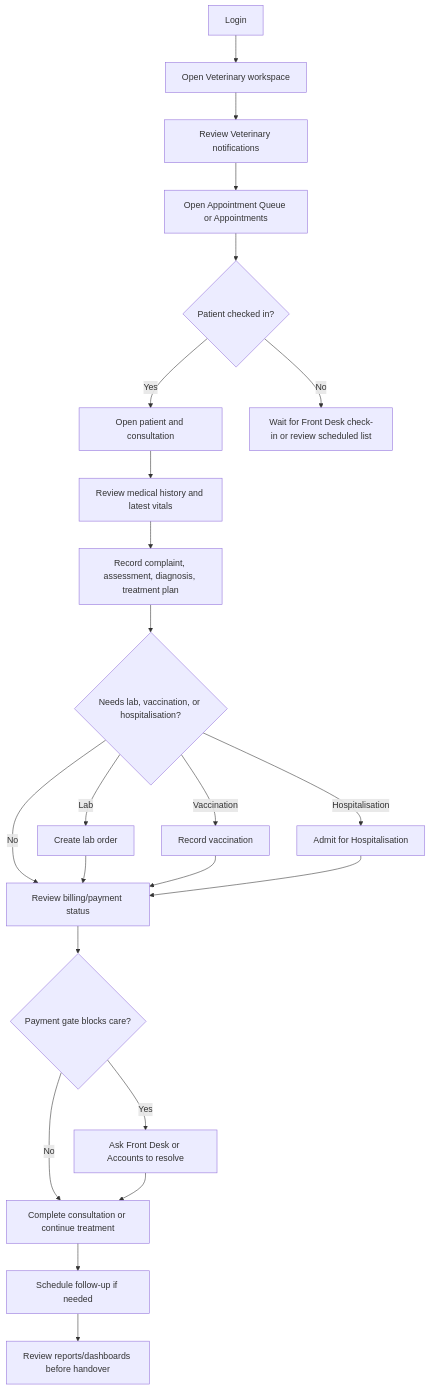
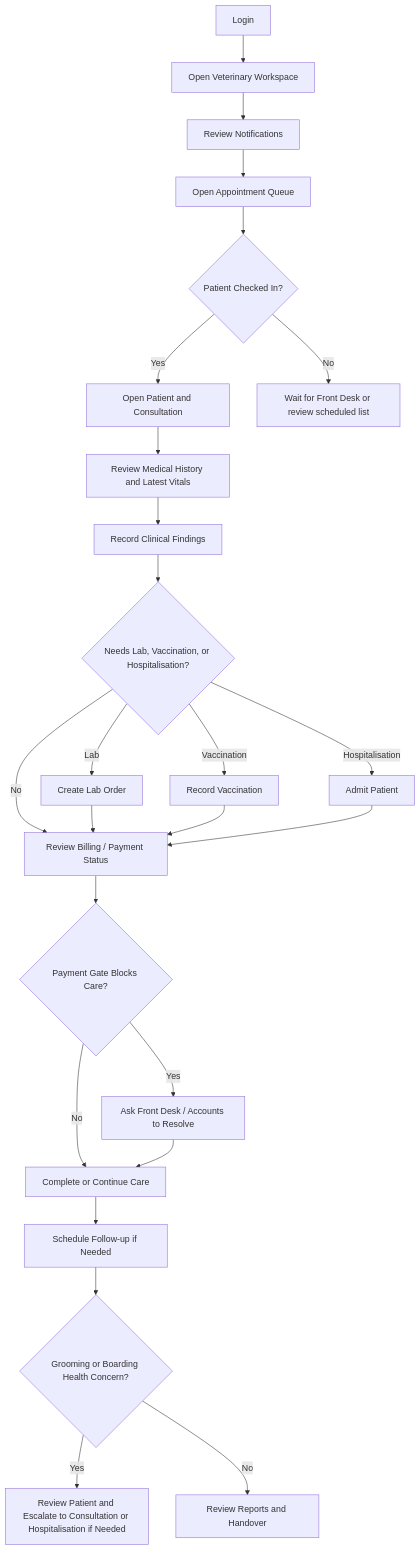
One commit to olayemigod/VetEdge changed the diagram in docs/training/veterinary_doctor_operations/doctor_daily_workflow.md. Above: the diagram before and after it, drawn with Mermaid. The commit also changed other lines of this file and 24 other files, not shown here.

````diff
--- a/docs/training/veterinary_doctor_operations/doctor_daily_workflow.md
+++ b/docs/training/veterinary_doctor_operations/doctor_daily_workflow.md
@@ -20,25 +21,27 @@
 ```mermaid
 flowchart TD
-    A[Login] --> B[Open Veterinary workspace]
-    B --> C[Review Veterinary notifications]
-    C --> D[Open Appointment Queue or Appointments]
-    D --> E{Patient checked in?}
-    E -->|Yes| F[Open patient and consultation]
-    E -->|No| G[Wait for Front Desk check-in or review scheduled list]
-    F --> H[Review medical history and latest vitals]
-    H --> I[Record complaint, assessment, diagnosis, treatment plan]
-    I --> J{Needs lab, vaccination, or hospitalisation?}
-    J -->|Lab| K[Create lab order]
-    J -->|Vaccination| L[Record vaccination]
-    J -->|Hospitalisation| M[Admit for Hospitalisation]
-    J -->|No| N[Review billing/payment status]
+    A[Login] --> B[Open Veterinary Workspace]
+    B --> C[Review Notifications]
+    C --> D[Open Appointment Queue]
+    D --> E{Patient Checked In?}
+    E -->|Yes| F[Open Patient and Consultation]
+    E -->|No| G[Wait for Front Desk or review scheduled list]
+    F --> H[Review Medical History and Latest Vitals]
+    H --> I[Record Clinical Findings]
+    I --> J{Needs Lab, Vaccination, or Hospitalisation?}
+    J -->|Lab| K[Create Lab Order]
+    J -->|Vaccination| L[Record Vaccination]
+    J -->|Hospitalisation| M[Admit Patient]
+    J -->|No| N[Review Billing / Payment Status]
     K --> N
     L --> N
     M --> N
-    N --> O{Payment gate blocks care?}
-    O -->|Yes| P[Ask Front Desk or Accounts to resolve]
-    O -->|No| Q[Complete consultation or continue treatment]
+    N --> O{Payment Gate Blocks Care?}
+    O -->|Yes| P[Ask Front Desk / Accounts to Resolve]
+    O -->|No| Q[Complete or Continue Care]
     P --> Q
-    Q --> R[Schedule follow-up if needed]
-    R --> S[Review reports/dashboards before handover]
+    Q --> R[Schedule Follow-up if Needed]
+    R --> S{Grooming or Boarding Health Concern?}
+    S -->|Yes| T[Review Patient and Escalate to Consultation or Hospitalisation if Needed]
+    S -->|No| U[Review Reports and Handover]
 ```
````
